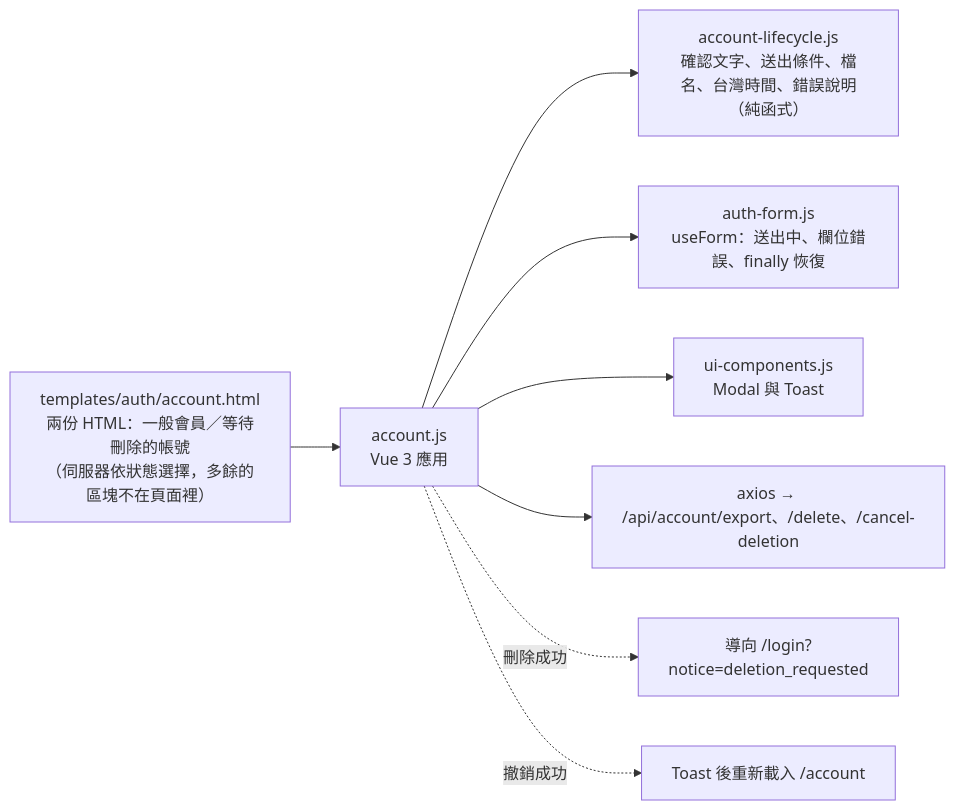
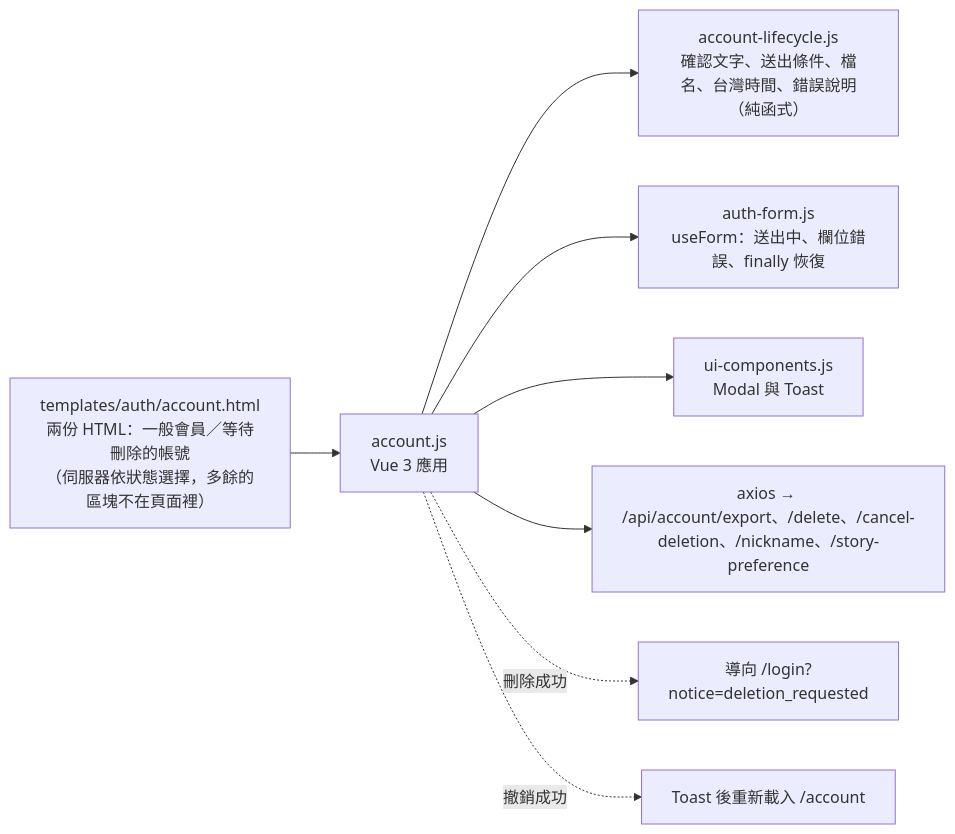
Before and after one commit to pp466pp466/R.A.C: the fifth of 8 diagrams in docs/前端結構-frontend.md, drawn with Mermaid. The commit also changed other lines of this file and 12 other files, not shown here.

First line of the commit message:
story-preference 批次 C：工作坊的讀者頻道、帳號頁的故事偏好與文件

````diff
--- a/docs/前端結構-frontend.md
+++ b/docs/前端結構-frontend.md
@@ -116,10 +116,10 @@
 ```mermaid
 flowchart LR
     Html["templates/auth/account.html<br/>兩份 HTML：一般會員／等待刪除的帳號<br/>（伺服器依狀態選擇，多餘的區塊不在頁面裡）"] --> Acc
     Acc["account.js<br/>Vue 3 應用"] --> Life["account-lifecycle.js<br/>確認文字、送出條件、檔名、台灣時間、錯誤說明（純函式）"]
     Acc --> Form["auth-form.js<br/>useForm：送出中、欄位錯誤、finally 恢復"]
     Acc --> Ui["ui-components.js<br/>Modal 與 Toast"]
-    Acc --> Api["axios → /api/account/export、/delete、/cancel-deletion"]
+    Acc --> Api["axios → /api/account/export、/delete、/cancel-deletion、/nickname、/story-preference"]
     Acc -.->|"刪除成功"| Login["導向 /login?notice=deletion_requested"]
     Acc -.->|"撤銷成功"| Reload["Toast 後重新載入 /account"]
 ```
````
